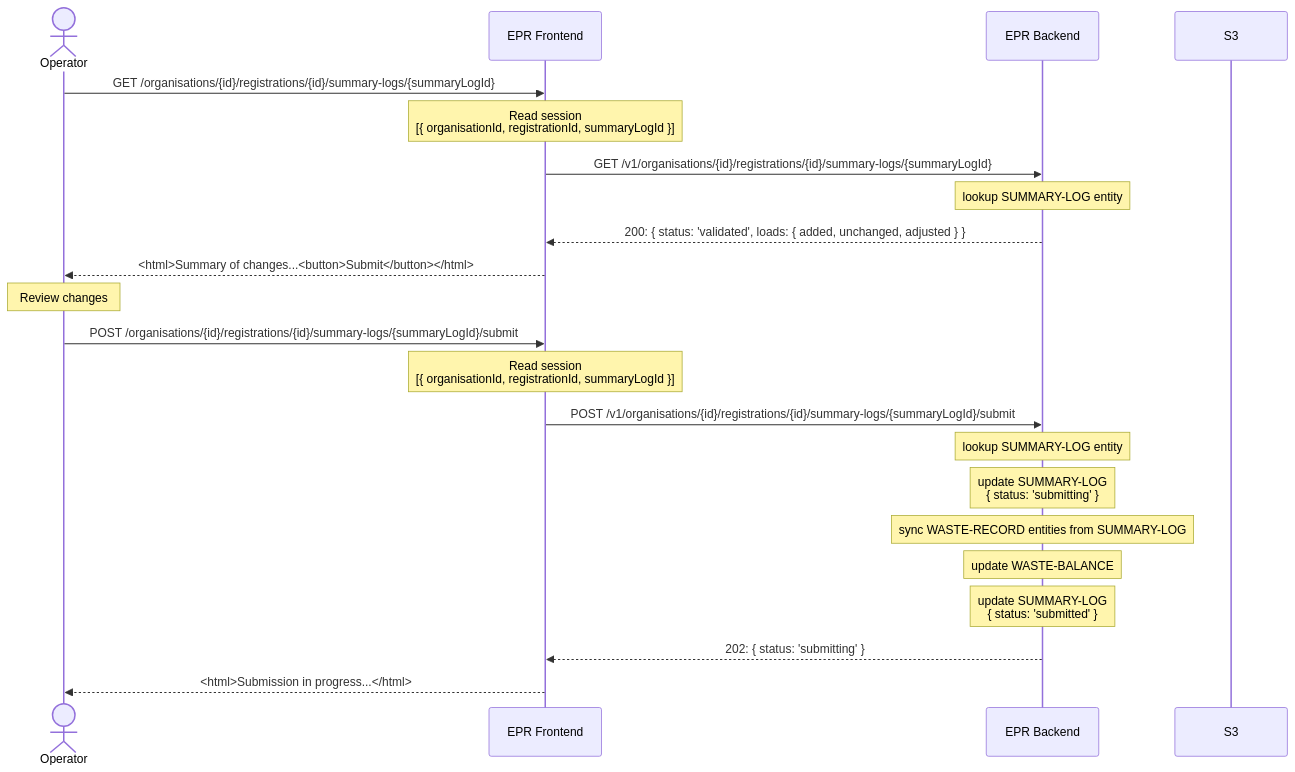
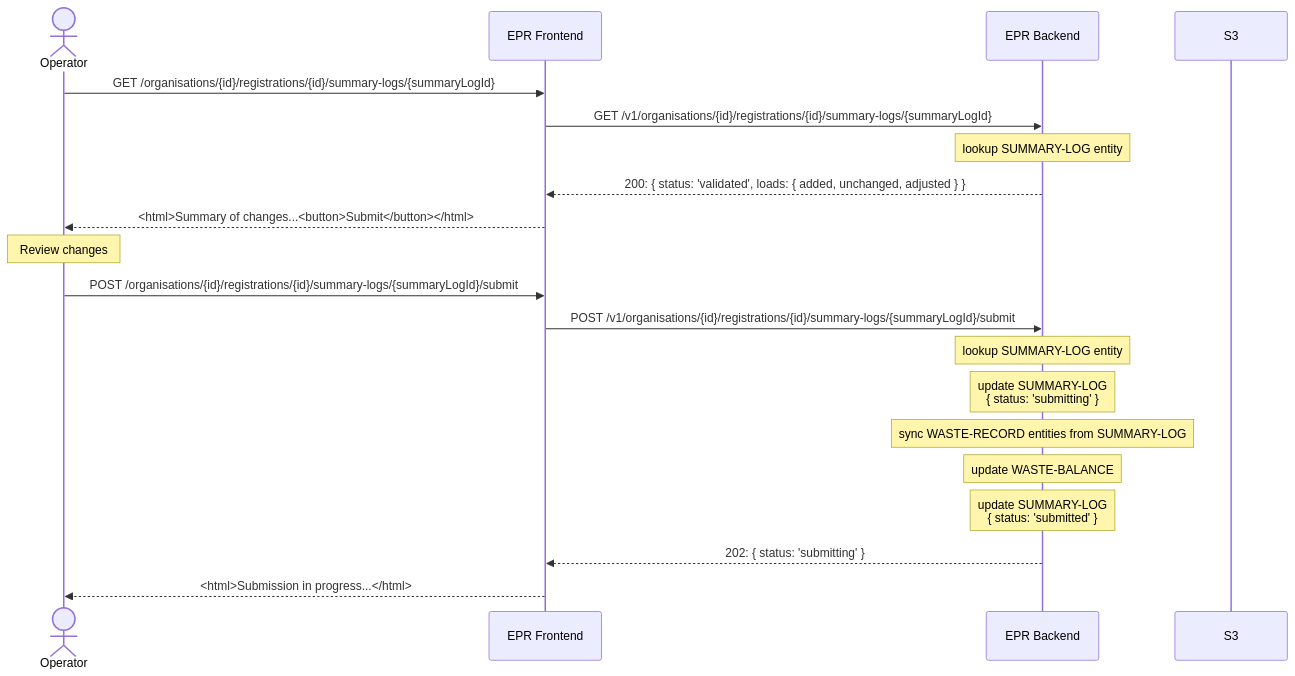
Before and after one commit to DEFRA/epr-re-ex-service: the third of 3 diagrams in docs/architecture/discovery/pepr-lld.md, drawn with Mermaid. The commit also changed other lines of this file, not shown here.

First line of the commit message:
Remove inaccurate session references from LLD

````diff
--- a/docs/architecture/discovery/pepr-lld.md
+++ b/docs/architecture/discovery/pepr-lld.md
@@ -709,28 +706,26 @@
 ```mermaid
 sequenceDiagram
   actor Op as Operator
   participant Frontend as EPR Frontend
   participant Backend as EPR Backend
   participant S3
 
 
   Op->>Frontend: GET /organisations/{id}/registrations/{id}/summary-logs/{summaryLogId}
-  Note over Frontend: Read session<br>[{ organisationId, registrationId, summaryLogId }]
   Frontend->>Backend: GET /v1/organisations/{id}/registrations/{id}/summary-logs/{summaryLogId}
   Note over Backend: lookup SUMMARY-LOG entity
   Backend-->>Frontend: 200: { status: 'validated', loads: { added, unchanged, adjusted } }
   Frontend-->>Op: <html>Summary of changes...<button>Submit</button></html>
 
   Note over Op: Review changes
 
   Op->>Frontend: POST /organisations/{id}/registrations/{id}/summary-logs/{summaryLogId}/submit
-  Note over Frontend: Read session<br>[{ organisationId, registrationId, summaryLogId }]
   Frontend->>Backend: POST /v1/organisations/{id}/registrations/{id}/summary-logs/{summaryLogId}/submit
   Note over Backend: lookup SUMMARY-LOG entity
   Note over Backend: update SUMMARY-LOG<br>{ status: 'submitting' }
   Note over Backend: sync WASTE-RECORD entities from SUMMARY-LOG
   Note over Backend: update WASTE-BALANCE
   Note over Backend: update SUMMARY-LOG<br>{ status: 'submitted' }
   Backend-->>Frontend: 202: { status: 'submitting' }
   Frontend-->>Op: <html>Submission in progress...</html>
 ```
````
